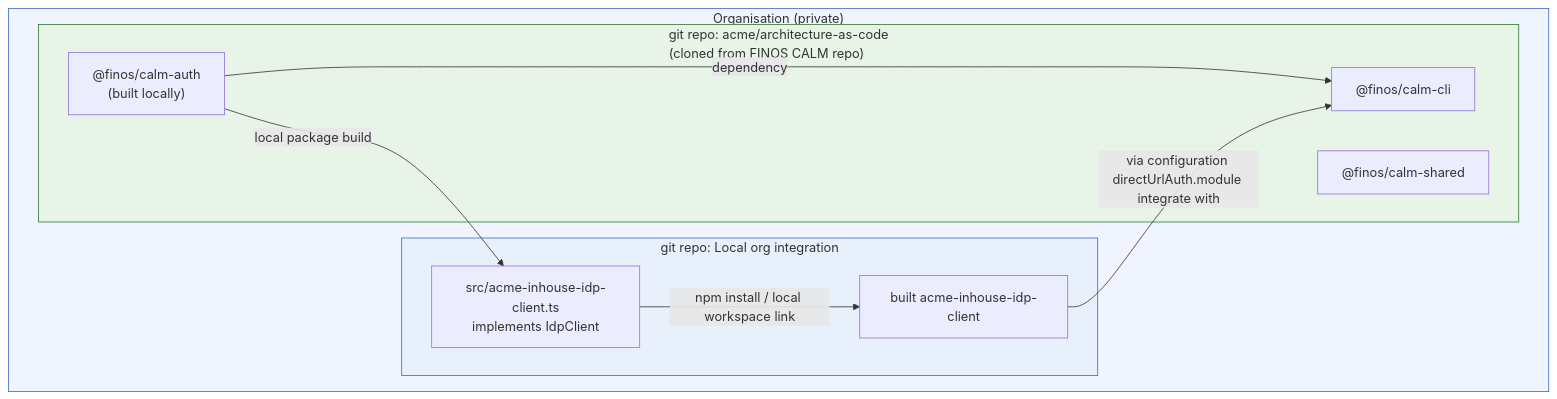
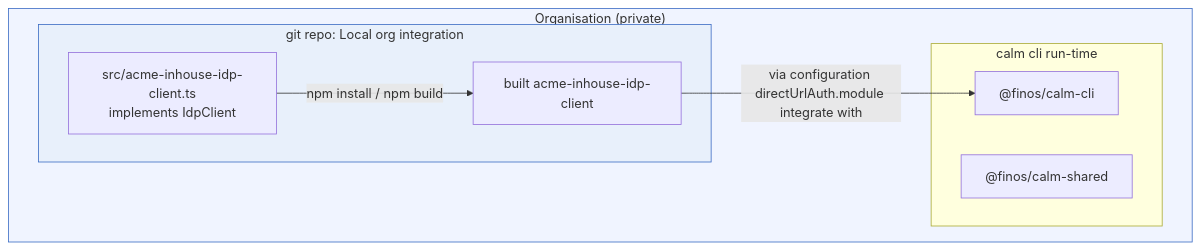
Before and after one commit to jimthompson5802/calm-web-repo: the sixth of 7 diagrams in docs/general-idp-authplugin-design.md, drawn with Mermaid. The commit also changed other lines of this file, not shown here.

Commit message:
docs: remove package dependency graph and update organization module integration details in IDP Auth Plugin design

````diff
--- a/docs/general-idp-authplugin-design.md
+++ b/docs/general-idp-authplugin-design.md
@@ -261,24 +237,22 @@
 ```mermaid
 graph TB
     subgraph ORG["Organisation (private)"]
-        subgraph CALM_SRC["git repo: acme/architecture-as-code\n(cloned from FINOS CALM repo)"]
+        subgraph CALM_CLI["calm cli run-time"]
             SHARED["@finos/calm-shared"]
-            AUTH["@finos/calm-auth\n(built locally)"]
             CLI["@finos/calm-cli"]
         end
 
         subgraph INHOUSE["git repo: Local org integration"]
             ORG_SRC["src/acme-inhouse-idp-client.ts\nimplements IdpClient"]
             ORG_AUTH["built acme-inhouse-idp-client"]
         end
 
-        AUTH -- "local package build" --> ORG_SRC
-        AUTH -- "dependency" --> CLI
-        ORG_SRC -- "npm install / local workspace link" --> ORG_AUTH
+        ORG_SRC -- "npm install / npm build" --> ORG_AUTH
         ORG_AUTH -- "via configuration directUrlAuth.module integrate with" --> CLI
     end
 
-    style CALM_SRC fill:#e8f4e8,stroke:#2d7a2d
+
     style INHOUSE fill:#e8f0fb,stroke:#3a6bc4
     style ORG fill:#f0f4ff,stroke:#3a6bc4
+
 ```
````
